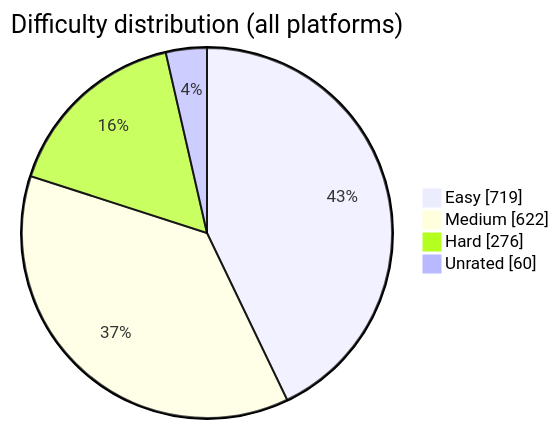
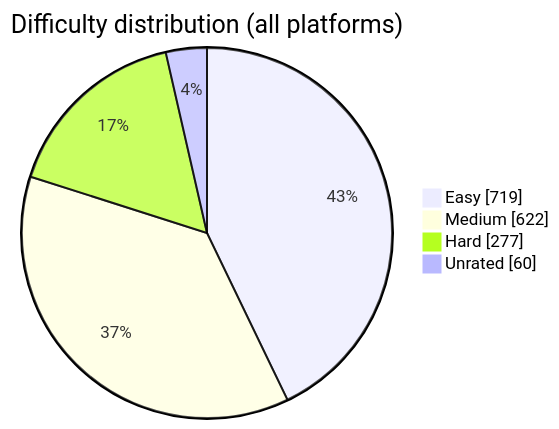
One commit to BuildbyArindam/Daily-Coding-Log changed the diagram in README.md. Above: the diagram before and after it, drawn with Mermaid. The commit also changed other lines of this file, not shown here.

````diff
--- a/README.md
+++ b/README.md
@@ -93,7 +93,7 @@
 ```mermaid
 pie showData title Difficulty distribution (all platforms)
     "Easy" : 719
     "Medium" : 622
-    "Hard" : 276
+    "Hard" : 277
     "Unrated" : 60
 ```
````
